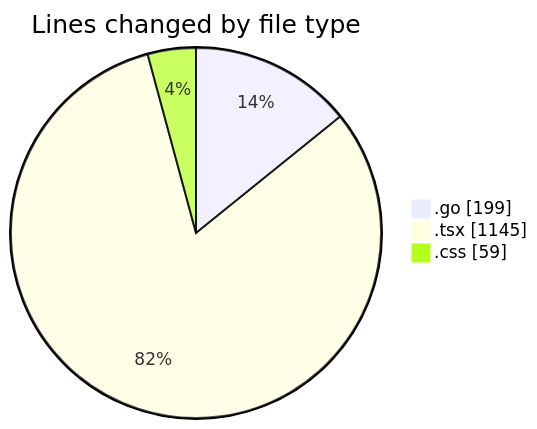
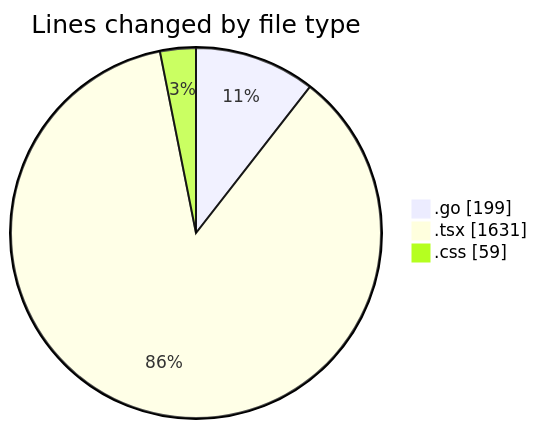
Before and after one commit to robertbonfada/code-tracking: the first of 2 diagrams in 2025-03-11/termonied_testador/README.md, drawn with Mermaid. The commit also changed other lines of this file and 1 other file, not shown here.

````diff
--- a/2025-03-11/termonied_testador/README.md
+++ b/2025-03-11/termonied_testador/README.md
@@ -28,7 +28,7 @@
 ```mermaid
 pie showData
 title Lines changed by file type
 ".go" : 199
-".tsx" : 1145
+".tsx" : 1631
 ".css" : 59
 ```
````
